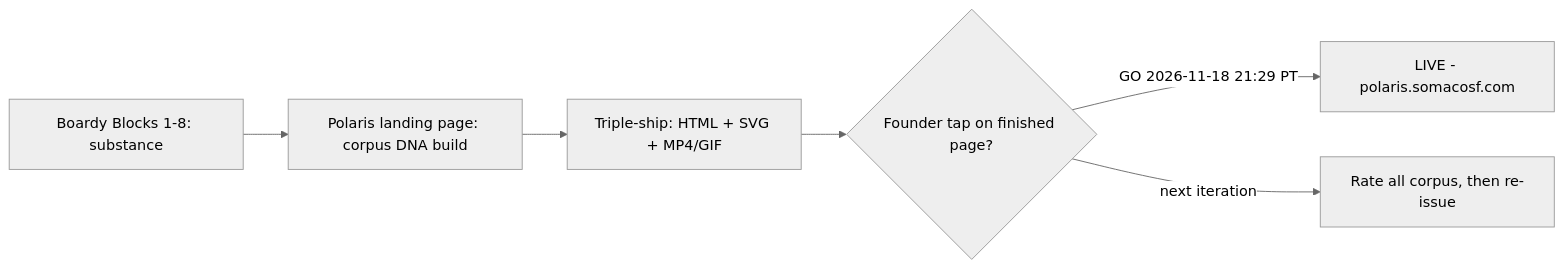
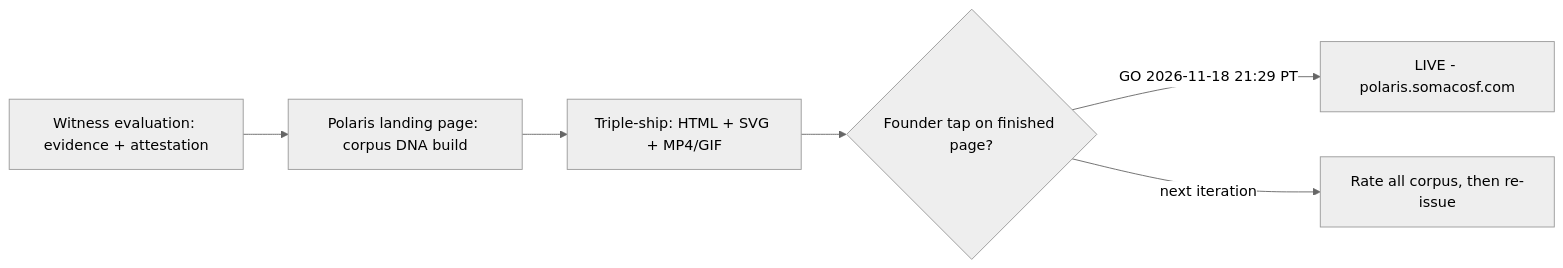
The diagram in README.md (SoMaCoSF/polaris), drawn with Mermaid (neutral theme) before and after one commit. The commit also changed other lines of this file and 1 other file, not shown here.

Commit message:
README/attestation: drop remaining Boardy references (header agent line, mermaid source, second-pass owner now Jeff's team agents)

````diff
--- a/README.md
+++ b/README.md
@@ -28,8 +28,8 @@
 ```mermaid
 flowchart LR
-    A[Boardy Blocks 1-8: substance] --> B[Polaris landing page: corpus DNA build]
+    A[Witness evaluation: evidence + attestation] --> B[Polaris landing page: corpus DNA build]
     B --> C[Triple-ship: HTML + SVG + MP4/GIF]
     C --> D{Founder tap on finished page?}
     D -->|GO 2026-11-18 21:29 PT| E[LIVE - polaris.somacosf.com]
     D -->|next iteration| F[Rate all corpus, then re-issue]
 ```
````
